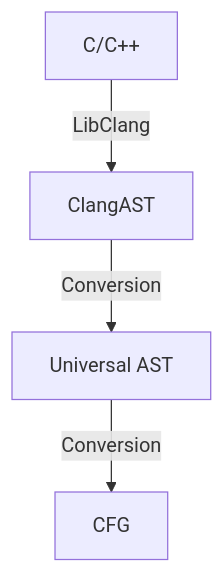
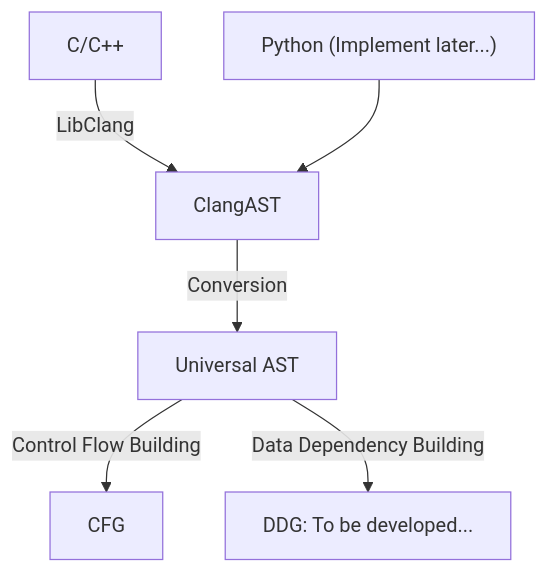
The diagram in README.md (h-mole/MetronomeStatic), drawn with Mermaid before and after one commit. The commit also changed other lines of this file and 70 other files, not shown here.

````diff
--- a/README.md
+++ b/README.md
@@ -24,6 +24,10 @@
 ```mermaid
 graph TD
     C/C++ -->|LibClang| ClangAST
+    Python["Python (Implement later...)"] --> ClangAST
+
     ClangAST -->|Conversion| UAST[Universal AST]
-    UAST -->|Conversion| CFG
+    UAST -->|Control Flow Building| CFG
+    UAST -->|Data Dependency Building| DDG["DDG: To be developed..."]
+    
 ```
````
